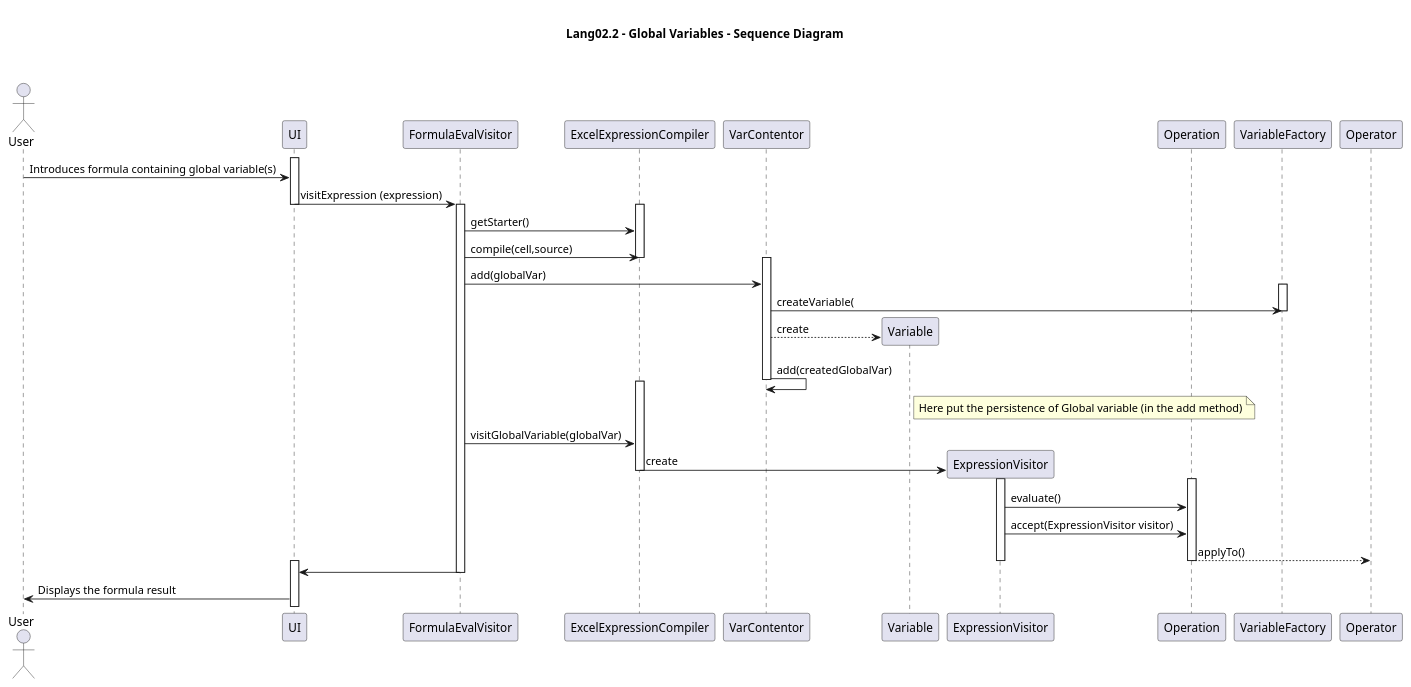
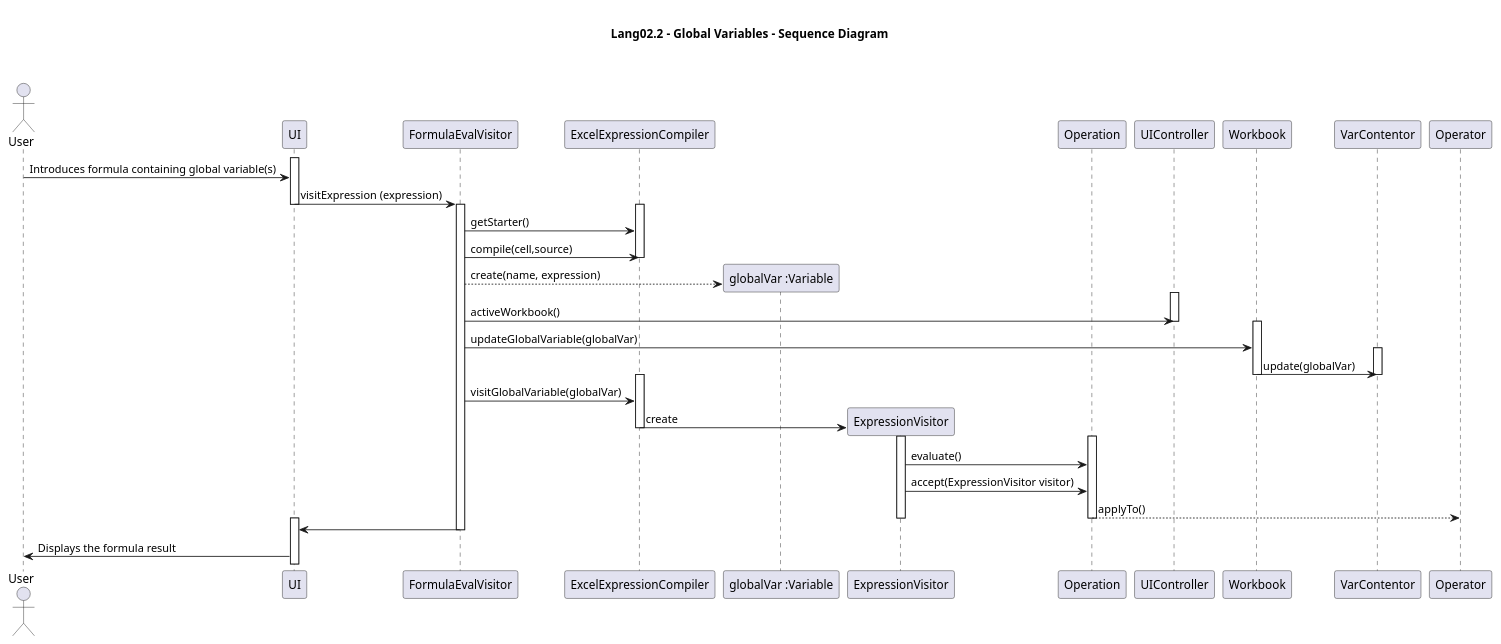
One commit to MikeTekOn/lapr4-2017-2dd changed the diagram in src/main/java/lapr4/red/s2/lang/n1150623/globalVariables/lang02_2_sd.puml. Above: the diagram before and after it, drawn with PlantUML. The commit also changed 5 other files, not shown here.

```diff
--- a/src/main/java/lapr4/red/s2/lang/n1150623/globalVariables/lang02_2_sd.puml
+++ b/src/main/java/lapr4/red/s2/lang/n1150623/globalVariables/lang02_2_sd.puml
@@ -1,63 +1,55 @@
 @startuml lang02_2_sd.png
 
 actor User
 participant "UI"
 participant "FormulaEvalVisitor" as FEV
 participant "ExcelExpressionCompiler" as Compiler
+participant "globalVar :Variable" as Var
+participant "ExpressionVisitor"
+participant "Operation"
+participant "UIController" as ctrl
+participant "Workbook" as work
 participant "VarContentor" as Contentor
-participant "Variable" as Var
-participant "ExpressionVisitor"
-participant "Operation" 
-participant "VariableFactory" as varfac
 
 title \nLang02.2 - Global Variables - Sequence Diagram\n\n
 
 activate UI
 User -> UI : Introduces formula containing global variable(s)
 UI -> FEV : visitExpression (expression)
 deactivate UI
 activate FEV
 activate Compiler
 FEV -> Compiler : getStarter()
 FEV -> Compiler : compile(cell,source)
 deactivate Compiler
-activate Contentor
-FEV -> Contentor : add(globalVar)
-
-activate varfac
-   Contentor -> varfac : createVariable(
-deactivate varfac
 
 create Var
-Contentor --> Var : create
-Contentor -> Contentor : add(createdGlobalVar)
+FEV --> Var : create(name, expression)
 
+activate ctrl
+FEV -> ctrl : activeWorkbook()
+deactivate ctrl
+activate work
+FEV -> work: updateGlobalVariable(globalVar)
+activate Contentor
+work -> Contentor : update(globalVar)
+deactivate Contentor
+deactivate work
 
-
-
-note right of Var
-Here put the persistence of Global variable (in the add method)
-end note
-
-
-
-
-
-deactivate Contentor
 activate Compiler
 FEV -> Compiler : visitGlobalVariable(globalVar)
 create ExpressionVisitor
 Compiler->ExpressionVisitor : create
 deactivate Compiler
 activate ExpressionVisitor
 activate Operation
 ExpressionVisitor -> Operation : evaluate()
 ExpressionVisitor -> Operation : accept(ExpressionVisitor visitor)
 Operation --> Operator : applyTo()
 deactivate Operation
 deactivate ExpressionVisitor
 activate UI
 FEV -> UI
 deactivate FEV
 UI -> User : Displays the formula result
 @enduml
```
